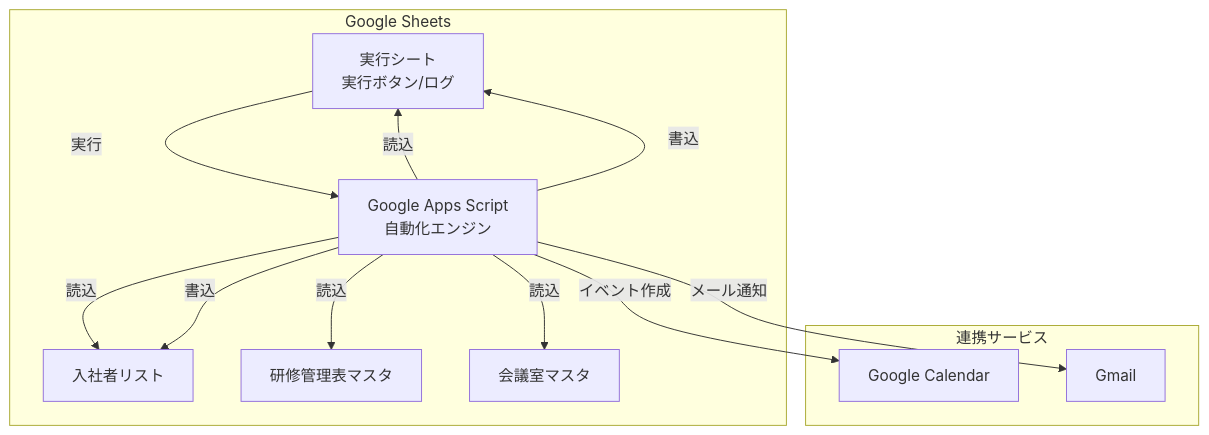
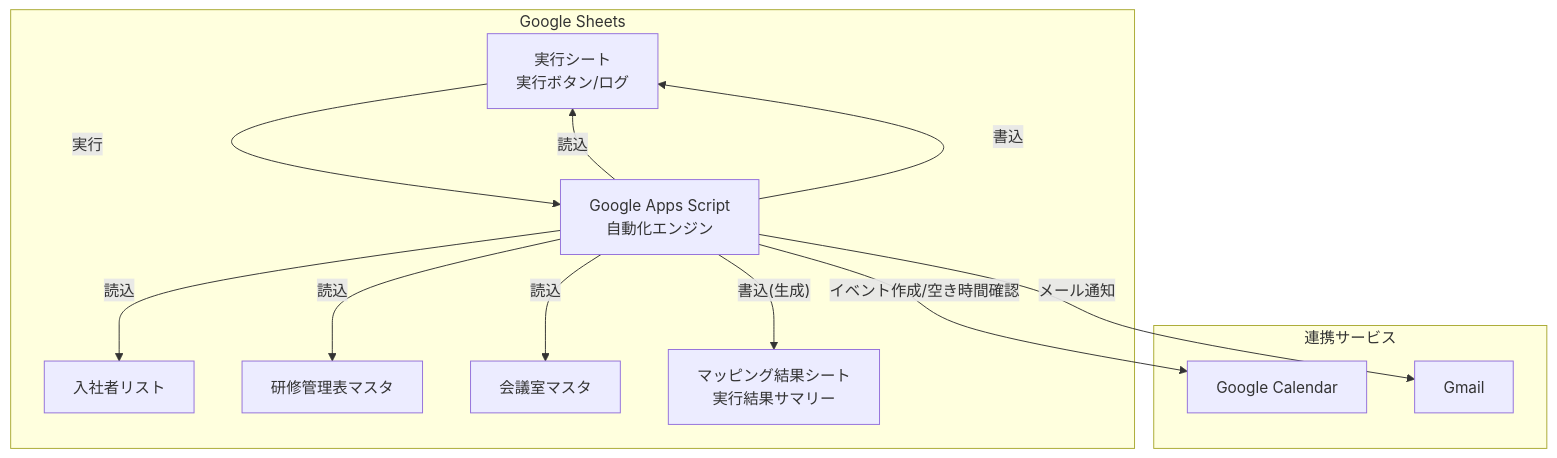
Before and after one commit to YutaImai-FLUX/flux_onb_automate: the first of 4 diagrams in gas_calendar_automation.md, drawn with Mermaid. The commit also changed other lines of this file and 2 other files, not shown here.

````diff
--- a/gas_calendar_automation.md
+++ b/gas_calendar_automation.md
@@ -36,25 +38,26 @@
 ```mermaid
 graph TB
     subgraph "Google Sheets"
         ExecutionSheet[実行シート<br>実行ボタン/ログ]
         GAS[Google Apps Script<br>自動化エンジン]
         NewHireList[入社者リスト]
         Master[研修管理表マスタ]
         Rooms[会議室マスタ]
+        MappingResult[マッピング結果シート<br>実行結果サマリー]
     end
 
     subgraph "連携サービス"
         Calendar[Google Calendar]
         Gmail[Gmail]
     end
 
     ExecutionSheet -- "実行" --> GAS
     GAS -->|読込| ExecutionSheet
     GAS -->|読込| NewHireList
     GAS -->|読込| Master
     GAS -->|読込| Rooms
     GAS -->|書込| ExecutionSheet
-    GAS -->|書込| NewHireList
-    GAS -->|イベント作成| Calendar
+    GAS -->|"書込(生成)"| MappingResult
+    GAS -->|"イベント作成/空き時間確認"| Calendar
     GAS -->|メール通知| Gmail
 ```
````
